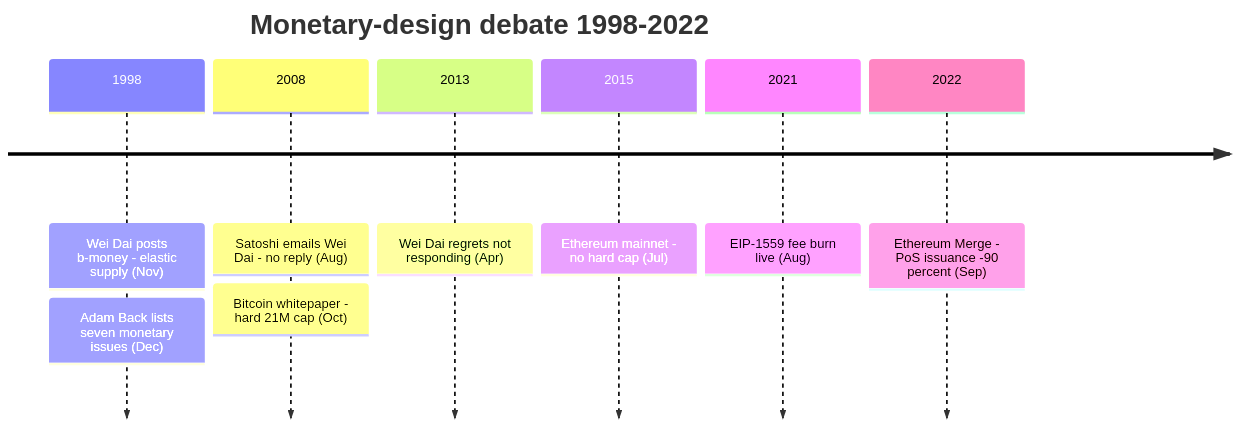
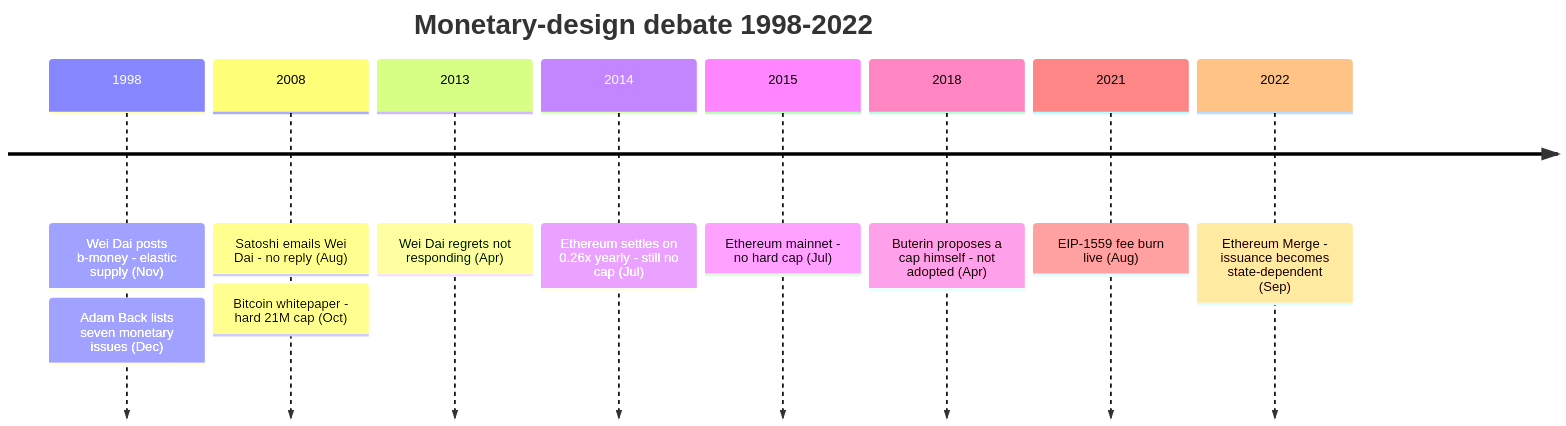
The first of 3 diagrams in src/data/entries/en/analysis/2008-10-31-fixed-supply-vs-adjustable-money.md (cypher256/BitcoinArchive), drawn with Mermaid before and after one commit. The commit also changed other lines of this file and 5 other files, not shown here.

First line of the commit message:
Fill in Ethereum's issuance history in the supply-design analysis

````diff
--- a/src/data/entries/en/analysis/2008-10-31-fixed-supply-vs-adjustable-money.md
+++ b/src/data/entries/en/analysis/2008-10-31-fixed-supply-vs-adjustable-money.md
@@ -85,17 +117,19 @@
 ```mermaid
 timeline
     title Monetary-design debate 1998-2022
     1998 : Wei Dai posts b-money - elastic supply (Nov)
     %% link: /BitcoinArchive/entries/aftermath/1998-11-26-wei-dai-pipenet-b-money-announcement/
          : Adam Back lists seven monetary issues (Dec)
     %% link: /BitcoinArchive/entries/aftermath/1998-12-06-adam-back-b-money-monetary-critique/
     2008 : Satoshi emails Wei Dai - no reply (Aug)
     %% link: /BitcoinArchive/entries/correspondence/wei-dai/2008-08-22-satoshi-to-wei-dai/
          : Bitcoin whitepaper - hard 21M cap (Oct)
     %% link: /BitcoinArchive/entries/emails/cryptography/2008-10-31-bitcoin-whitepaper-final/
     2013 : Wei Dai regrets not responding (Apr)
     %% link: /BitcoinArchive/entries/aftermath/2013-04-21-wei-dai-bitcoin-monetary-policy-critique/
+    2014 : Ethereum settles on 0.26x yearly - still no cap (Jul)
     2015 : Ethereum mainnet - no hard cap (Jul)
+    2018 : Buterin proposes a cap himself - not adopted (Apr)
     2021 : EIP-1559 fee burn live (Aug)
-    2022 : Ethereum Merge - PoS issuance -90 percent (Sep)
+    2022 : Ethereum Merge - issuance becomes state-dependent (Sep)
 ```
````
